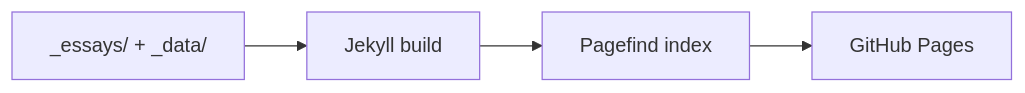
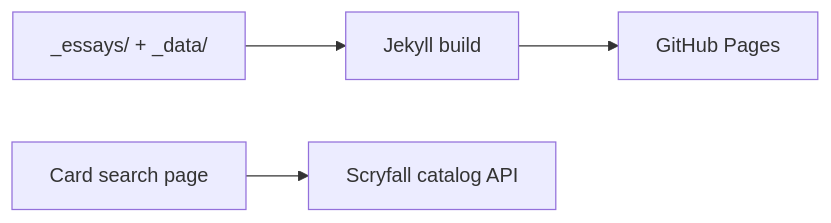
The diagram in docs/TECH_SPEC.md (jv-darkheartlabs/mystic-bytes), drawn with Mermaid before and after one commit. The commit also changed other lines of this file and 48 other files, not shown here.

````diff
--- a/docs/TECH_SPEC.md
+++ b/docs/TECH_SPEC.md
@@ -9,6 +9,6 @@
 ```mermaid
 flowchart LR
   Content["_essays/ + _data/"] --> Jekyll["Jekyll build"]
-  Jekyll --> Pagefind["Pagefind index"]
-  Pagefind --> Pages["GitHub Pages"]
+  Jekyll --> Pages["GitHub Pages"]
+  CardSearch["Card search page"] --> Scryfall["Scryfall catalog API"]
 ```
````
